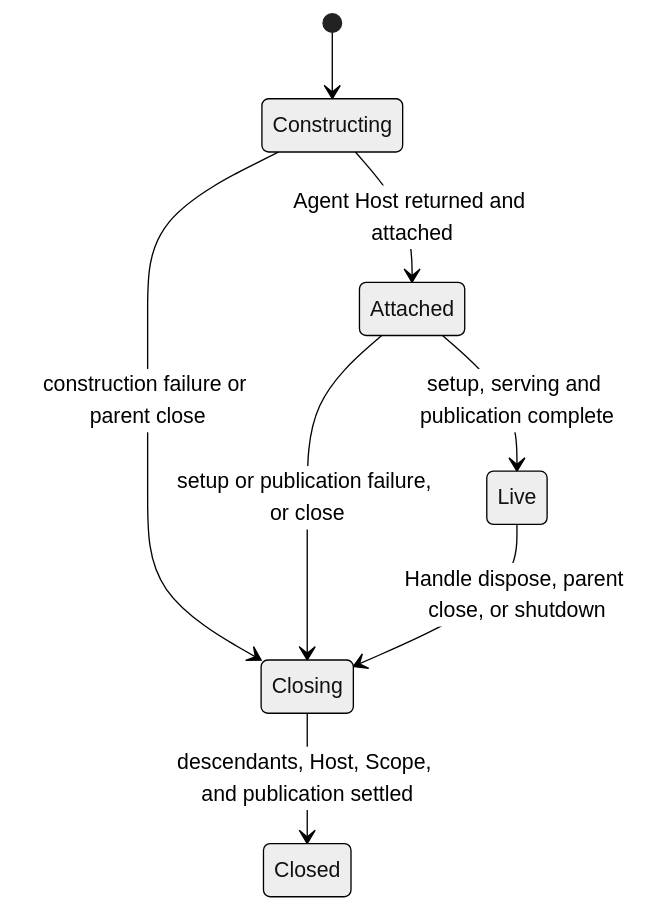
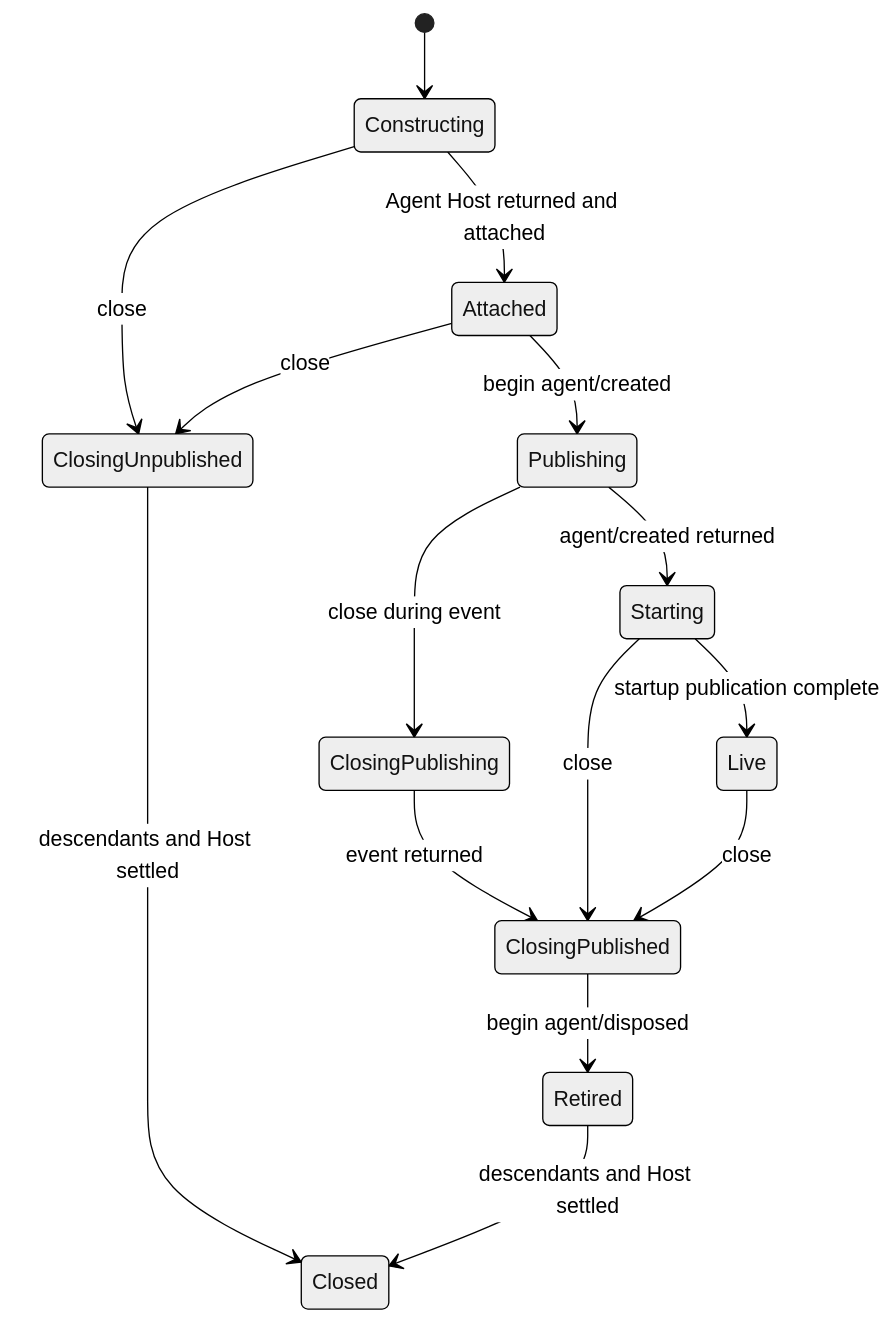
One commit to gorenx/goren changed the third of 3 diagrams in agentloop/REFACTOR.zh-CN.md. Above: the diagram before and after it, drawn with Mermaid (neutral theme). The commit also changed other lines of this file and 13 other files, not shown here.

````diff
--- a/agentloop/REFACTOR.zh-CN.md
+++ b/agentloop/REFACTOR.zh-CN.md
@@ -364,10 +365,17 @@
 ```mermaid
 stateDiagram-v2
     [*] --> Constructing
     Constructing --> Attached: Agent Host returned and attached
-    Attached --> Live: setup, serving and publication complete
-    Constructing --> Closing: construction failure or parent close
-    Attached --> Closing: setup or publication failure, or close
-    Live --> Closing: Handle dispose, parent close, or shutdown
-    Closing --> Closed: descendants, Host, Scope, and publication settled
+    Attached --> Publishing: begin agent/created
+    Publishing --> Starting: agent/created returned
+    Starting --> Live: startup publication complete
+    Constructing --> ClosingUnpublished: close
+    Attached --> ClosingUnpublished: close
+    Publishing --> ClosingPublishing: close during event
+    ClosingPublishing --> ClosingPublished: event returned
+    Starting --> ClosingPublished: close
+    Live --> ClosingPublished: close
+    ClosingPublished --> Retired: begin agent/disposed
+    ClosingUnpublished --> Closed: descendants and Host settled
+    Retired --> Closed: descendants and Host settled
 ```
````
